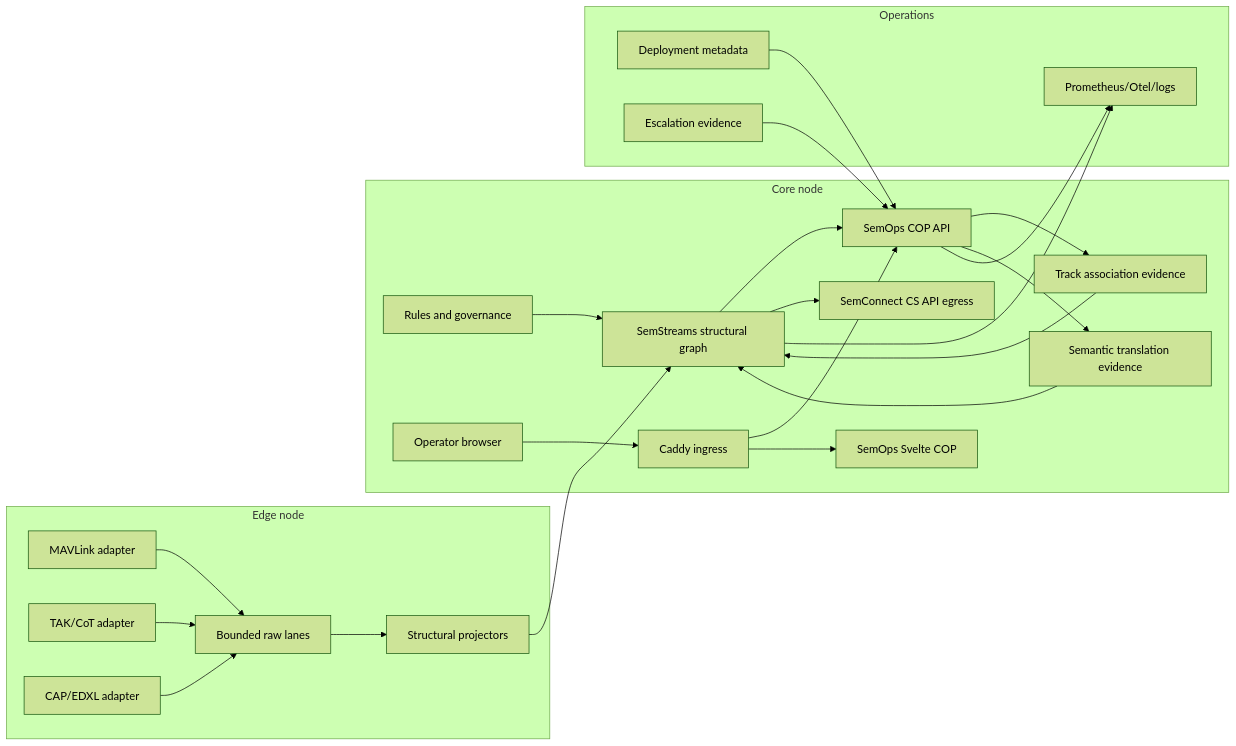
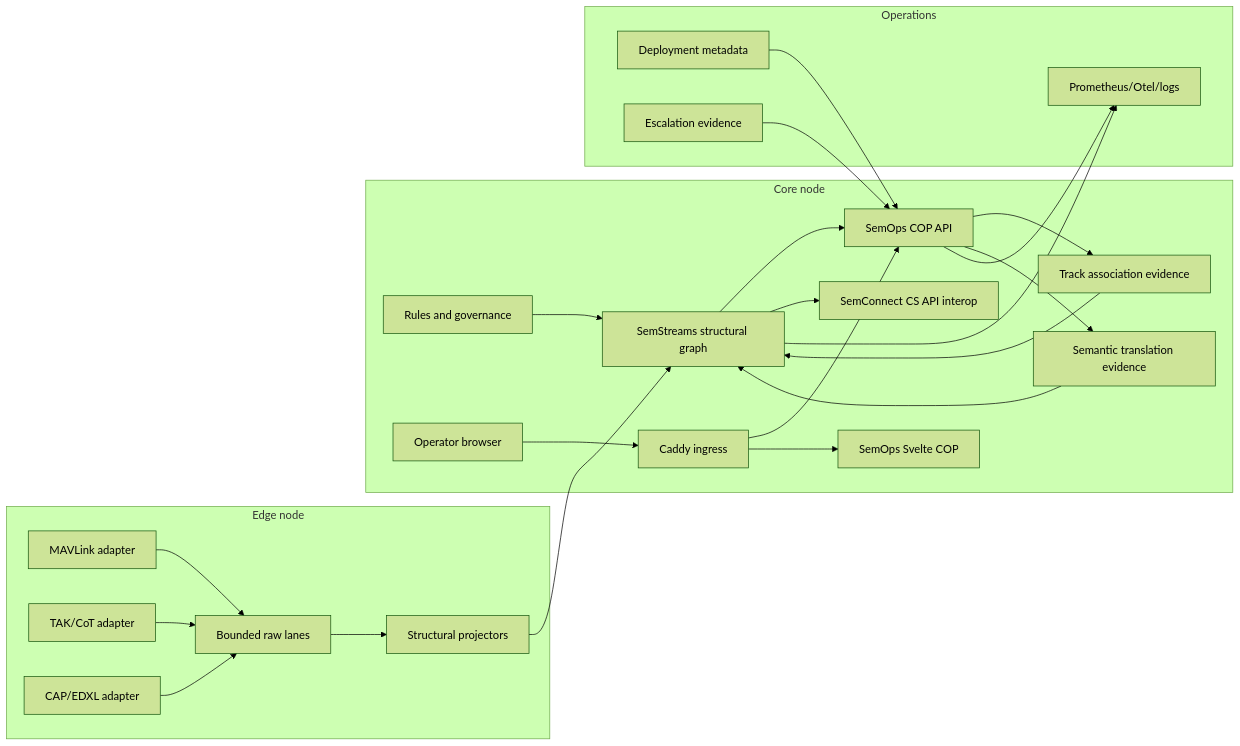
Before and after one commit to C360Studio/semops: the diagram in docs/cop-demo-revival-architecture.md, drawn with Mermaid (forest theme). The commit also changed other lines of this file and 37 other files, not shown here.

````diff
--- a/docs/cop-demo-revival-architecture.md
+++ b/docs/cop-demo-revival-architecture.md
@@ -219,48 +241,48 @@
 ```mermaid
 flowchart LR
     subgraph Edge["Edge node"]
         MAV["MAVLink adapter"]
         COT["TAK/CoT adapter"]
         CAP["CAP/EDXL adapter"]
         RAW["Bounded raw lanes"]
         PROJ["Structural projectors"]
     end
 
     subgraph Core["Core node"]
         SS["SemStreams structural graph"]
         RULES["Rules and governance"]
         ASSOC["Track association evidence"]
         SEM["Semantic translation evidence"]
         API["SemOps COP API"]
         INGRESS["Caddy ingress"]
         UI["SemOps Svelte COP"]
         BROWSER["Operator browser"]
-        CS["SemConnect CS API egress"]
+        CS["SemConnect CS API interop"]
     end
 
     subgraph Ops["Operations"]
         MAN["Deployment metadata"]
         POL["Escalation evidence"]
         OBS["Prometheus/Otel/logs"]
     end
 
     MAV --> RAW
     COT --> RAW
     CAP --> RAW
     RAW --> PROJ
     PROJ --> SS
     RULES --> SS
     SS --> API
     BROWSER --> INGRESS
     INGRESS --> API
     INGRESS --> UI
     SS --> CS
     MAN --> API
     POL --> API
     API --> ASSOC
     API --> SEM
     ASSOC --> SS
     SEM --> SS
     SS --> OBS
     API --> OBS
 ```
````
